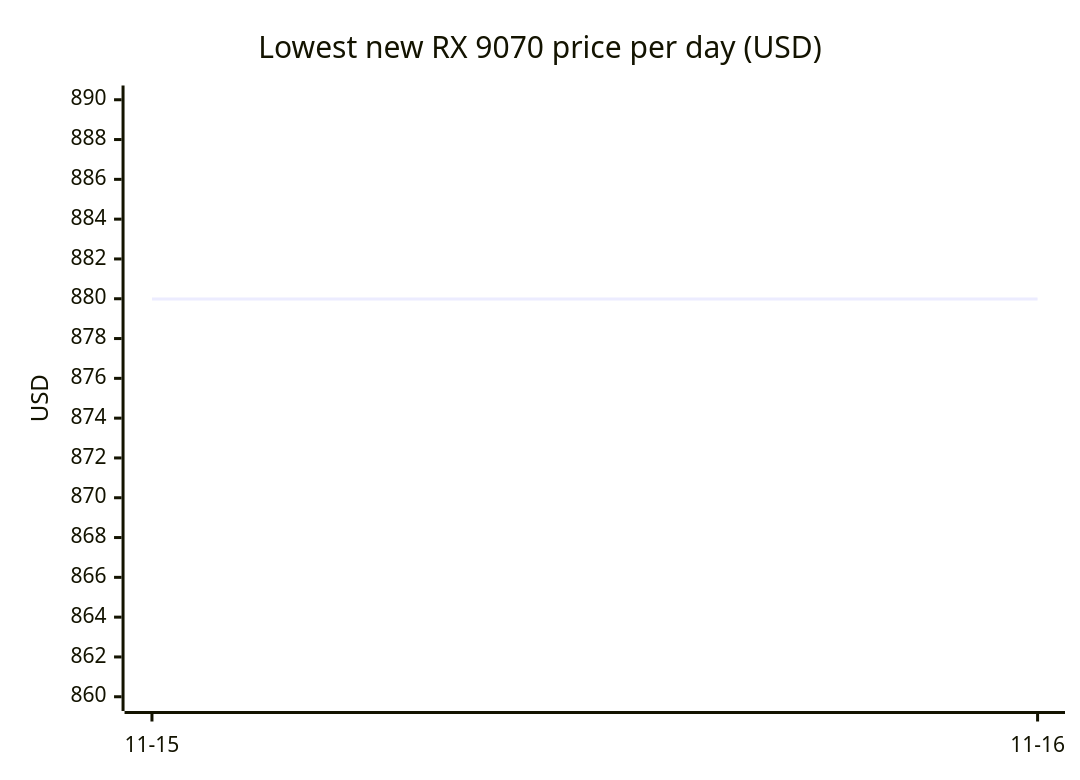
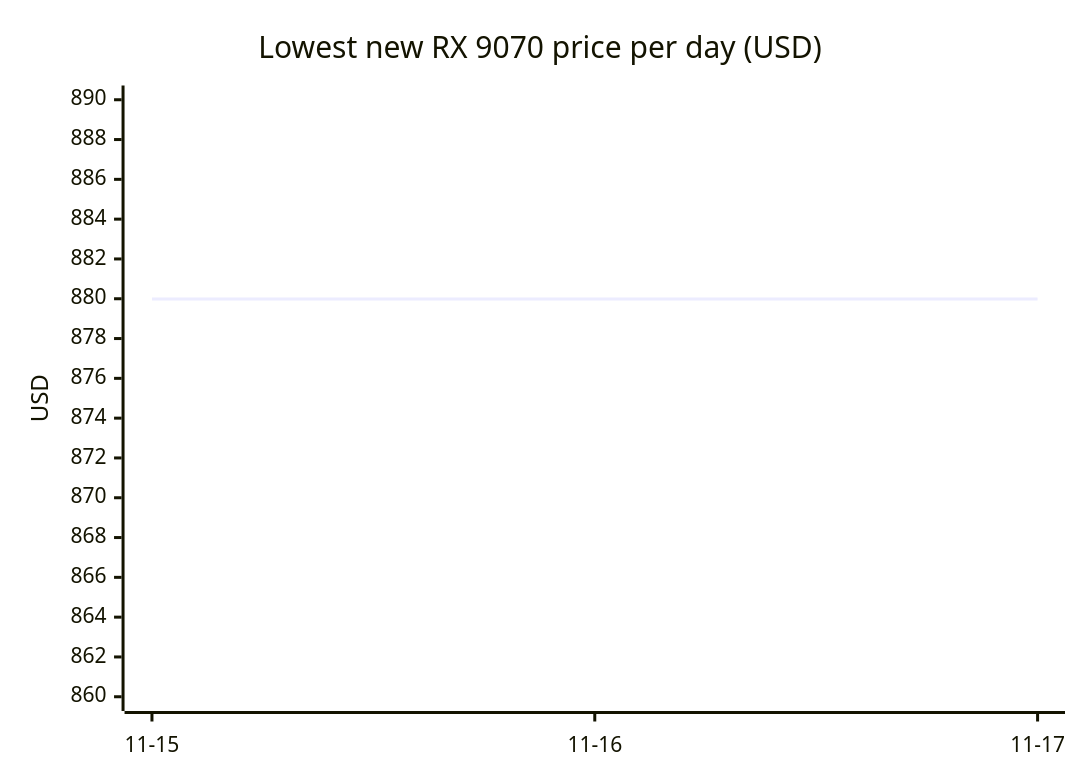
Diagram 12 of 18 in README.md (7324136828/4tb_ssd_price_watch), drawn with Mermaid before and after one commit. The commit also changed other lines of this file, not shown here.

````diff
--- a/README.md
+++ b/README.md
@@ -602,7 +625,7 @@
 ```mermaid
 xychart-beta
     title "Lowest new RX 9070 price per day (USD)"
-    x-axis ["11-15", "11-16"]
+    x-axis ["11-15", "11-16", "11-17"]
     y-axis "USD" 860 --> 890
-    line [879.99, 879.99]
+    line [879.99, 879.99, 879.99]
 ```
````
